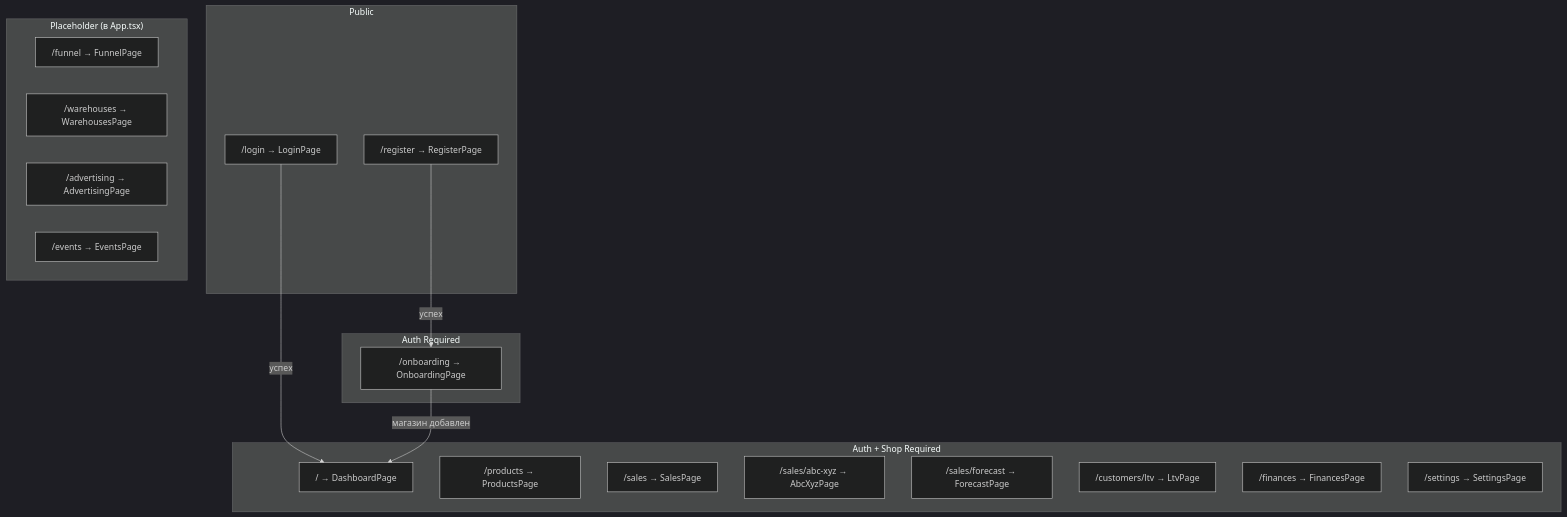
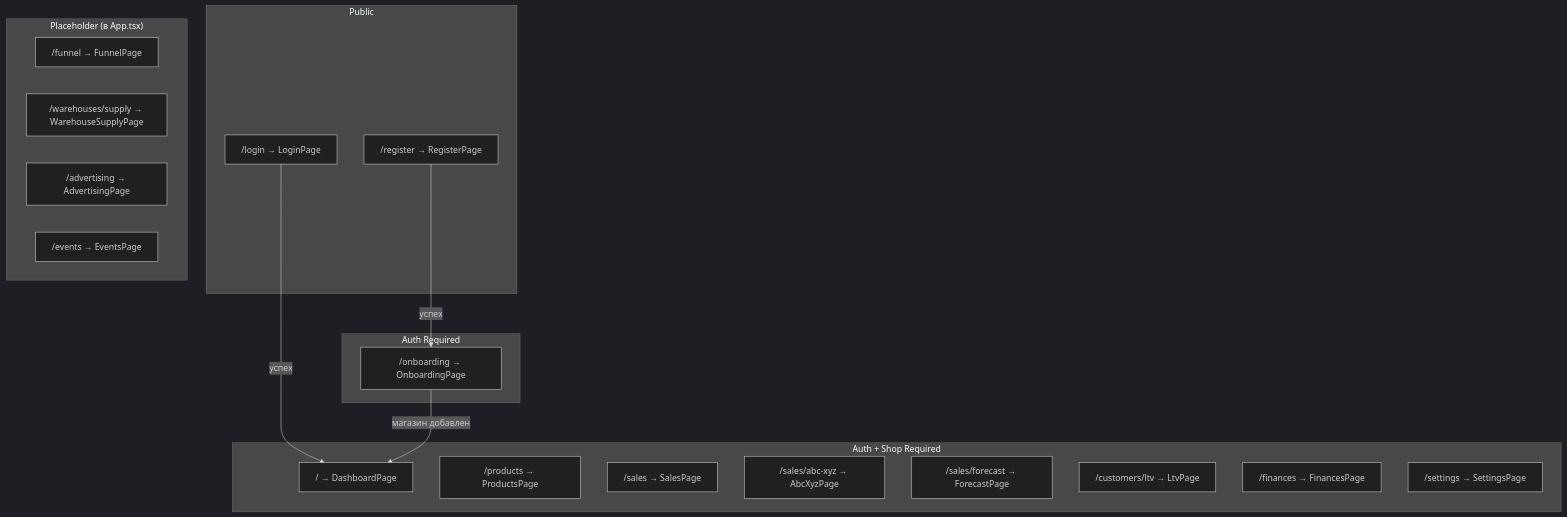
Before and after one commit to alex-web13-2001/MP-CONTROL: the first of 2 diagrams in docs/architecture/06_FRONTEND.md, drawn with Mermaid (dark theme). The commit also changed other lines of this file and 10 other files, not shown here.

````diff
--- a/docs/architecture/06_FRONTEND.md
+++ b/docs/architecture/06_FRONTEND.md
@@ -25,33 +25,33 @@
 ```mermaid
 graph TB
     subgraph "Public"
         Login["/login → LoginPage"]
         Register["/register → RegisterPage"]
     end
 
     subgraph "Auth Required"
         Onboarding["/onboarding → OnboardingPage"]
     end
 
     subgraph "Auth + Shop Required"
         Dashboard["/ → DashboardPage"]
         Products["/products → ProductsPage"]
         Sales["/sales → SalesPage"]
         AbcXyz["/sales/abc-xyz → AbcXyzPage"]
         Forecast["/sales/forecast → ForecastPage"]
         LTV["/customers/ltv → LtvPage"]
         Finances["/finances → FinancesPage"]
         Settings["/settings → SettingsPage"]
     end
 
     subgraph "Placeholder (в App.tsx)"
         Funnel["/funnel → FunnelPage"]
-        Warehouses["/warehouses → WarehousesPage"]
+        Warehouses["/warehouses/supply → WarehouseSupplyPage"]
         Advertising["/advertising → AdvertisingPage"]
         Events["/events → EventsPage"]
     end
 
     Login -->|"успех"| Dashboard
     Register -->|"успех"| Onboarding
     Onboarding -->|"магазин добавлен"| Dashboard
 ```
````
